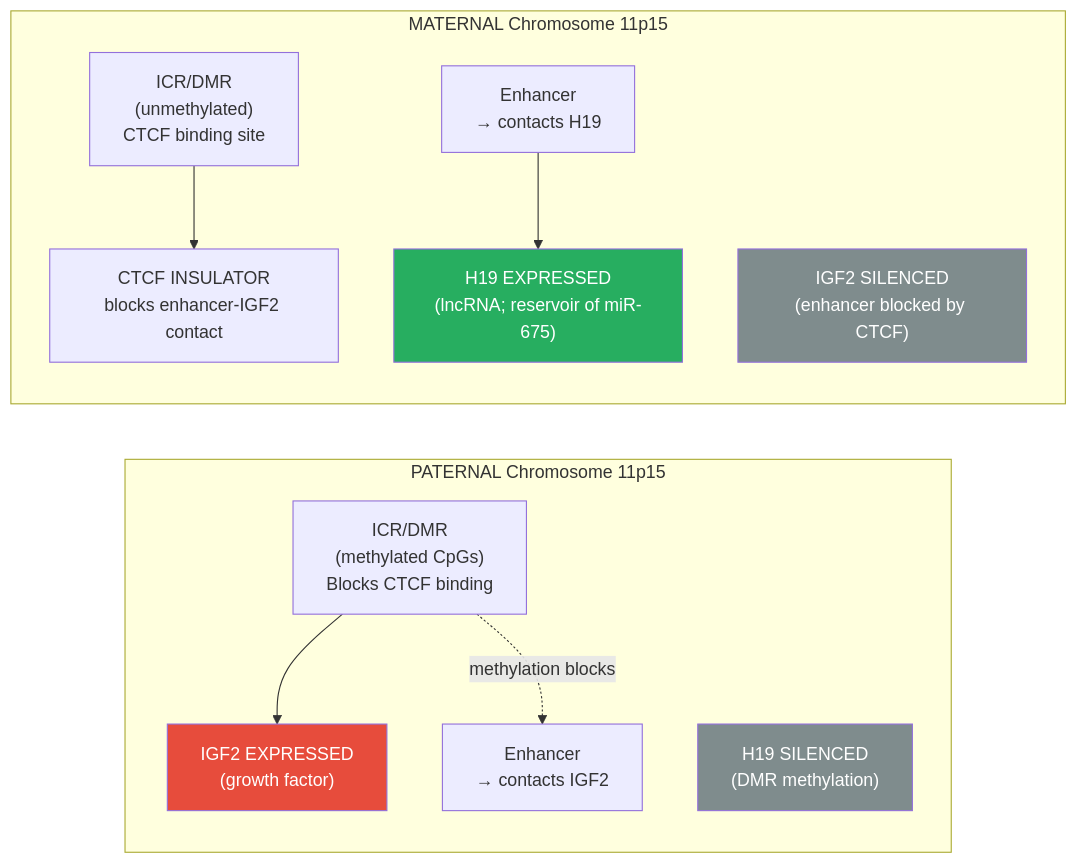
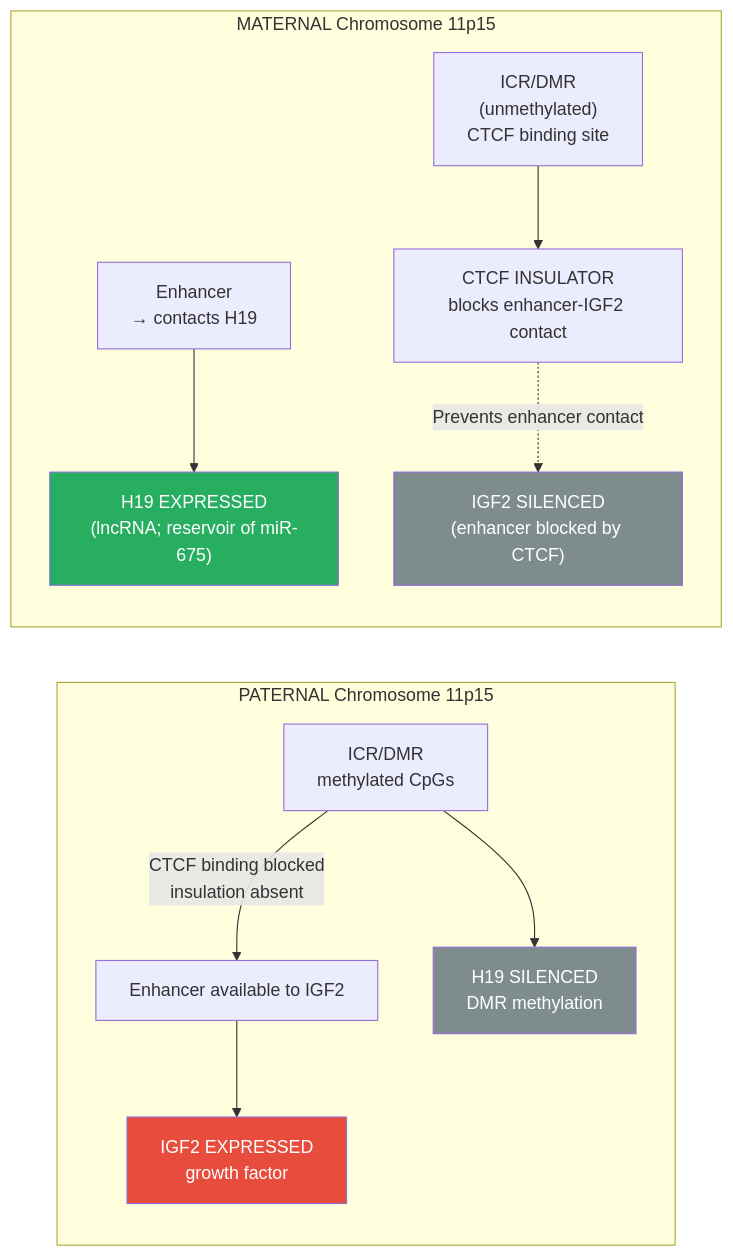
Before and after one commit to docxology/biology_textbook: the third of 5 diagrams in docs/manuscript/unit_IV/chromatin_and_epigenetic_mechanisms.md, drawn with Mermaid. The commit also changed other lines of this file and 444 other files, not shown here.

````diff
--- a/docs/manuscript/unit_IV/chromatin_and_epigenetic_mechanisms.md
+++ b/docs/manuscript/unit_IV/chromatin_and_epigenetic_mechanisms.md
@@ -507,18 +484,19 @@
 ```mermaid
 flowchart LR
     subgraph Paternal ["PATERNAL Chromosome 11p15"]
-        pDMR["ICR/DMR\n(methylated CpGs)\nBlocks CTCF binding"] --> pIGF2["IGF2 EXPRESSED\n(growth factor)"]
-        pDMR -.->|methylation blocks| pENH["Enhancer\n→ contacts IGF2"]
-        pH19["H19 SILENCED\n(DMR methylation)"]
+        pDMR["ICR/DMR<br/>methylated CpGs"] -->|"CTCF binding blocked<br/>insulation absent"| pENH["Enhancer available to IGF2"]
+        pENH --> pIGF2["IGF2 EXPRESSED<br/>growth factor"]
+        pDMR --> pH19["H19 SILENCED<br/>DMR methylation"]
     end
     subgraph Maternal ["MATERNAL Chromosome 11p15"]
         mDMR["ICR/DMR\n(unmethylated)\nCTCF binding site"] --> mBlock["CTCF INSULATOR\nblocks enhancer-IGF2 contact"]
         mENH["Enhancer\n→ contacts H19"] --> mH19["H19 EXPRESSED\n(lncRNA; reservoir of miR-675)"]
         mIGF2["IGF2 SILENCED\n(enhancer blocked by CTCF)"]
+        mBlock -.->|"Prevents enhancer contact"| mIGF2
     end
 
     style pIGF2 fill:#e74c3c,color:#fff
     style mH19 fill:#27ae60,color:#fff
     style pH19 fill:#7f8c8d,color:#fff
     style mIGF2 fill:#7f8c8d,color:#fff
 ```
````
